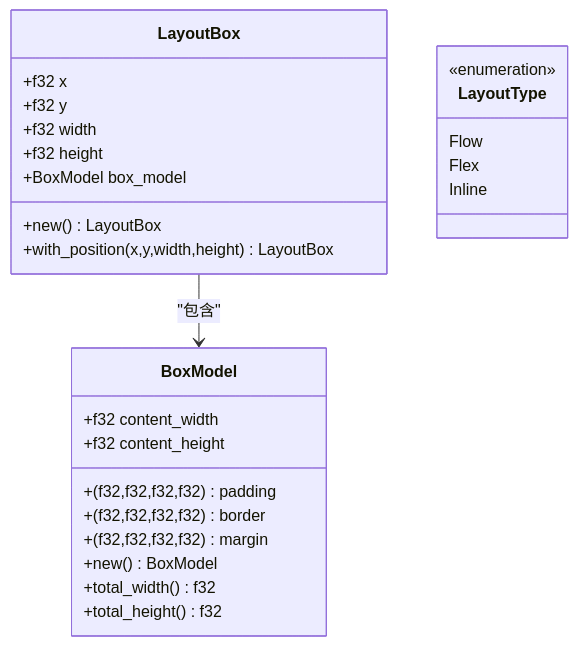
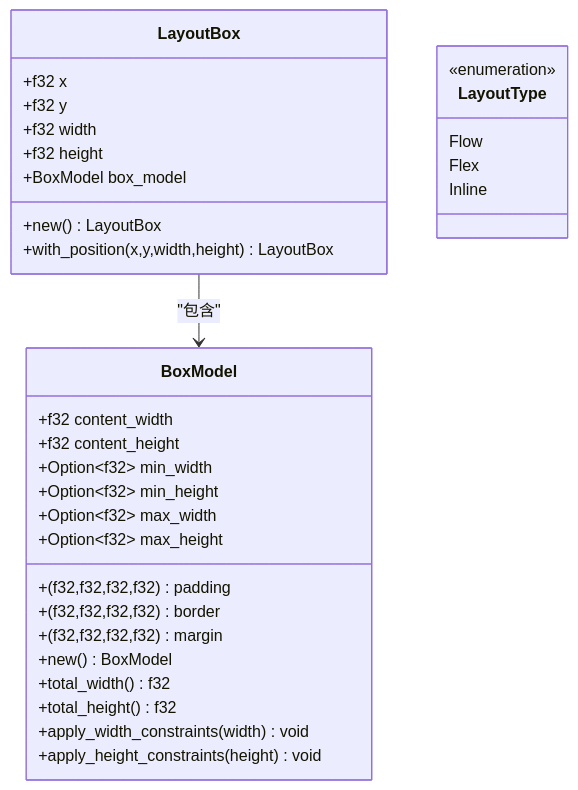
Before and after one commit to itszzl-sudo/iris: the tenth of 20 diagrams in .qoder/repowiki/zh/content/技术架构详解/布局样式系统/iris-layout布局引擎/iris-layout布局引擎.md, drawn with Mermaid. The commit also changed other lines of this file and 8 other files, not shown here.

````diff
--- a/.qoder/repowiki/zh/content/技术架构详解/布局样式系统/iris-layout布局引擎/iris-layout布局引擎.md
+++ b/.qoder/repowiki/zh/content/技术架构详解/布局样式系统/iris-layout布局引擎/iris-layout布局引擎.md
@@ -410,29 +432,35 @@
 ```mermaid
 classDiagram
 class BoxModel {
 +f32 content_width
 +f32 content_height
 +(f32,f32,f32,f32) padding
 +(f32,f32,f32,f32) border
 +(f32,f32,f32,f32) margin
++Option~f32~ min_width
++Option~f32~ min_height
++Option~f32~ max_width
++Option~f32~ max_height
 +new() BoxModel
 +total_width() f32
 +total_height() f32
++apply_width_constraints(width) void
++apply_height_constraints(height) void
 }
 class LayoutBox {
 +f32 x
 +f32 y
 +f32 width
 +f32 height
 +BoxModel box_model
 +new() LayoutBox
 +with_position(x,y,width,height) LayoutBox
 }
 class LayoutType {
 <<enumeration>>
 Flow
 Flex
 Inline
 }
 LayoutBox --> BoxModel : "包含"
 ```
````
